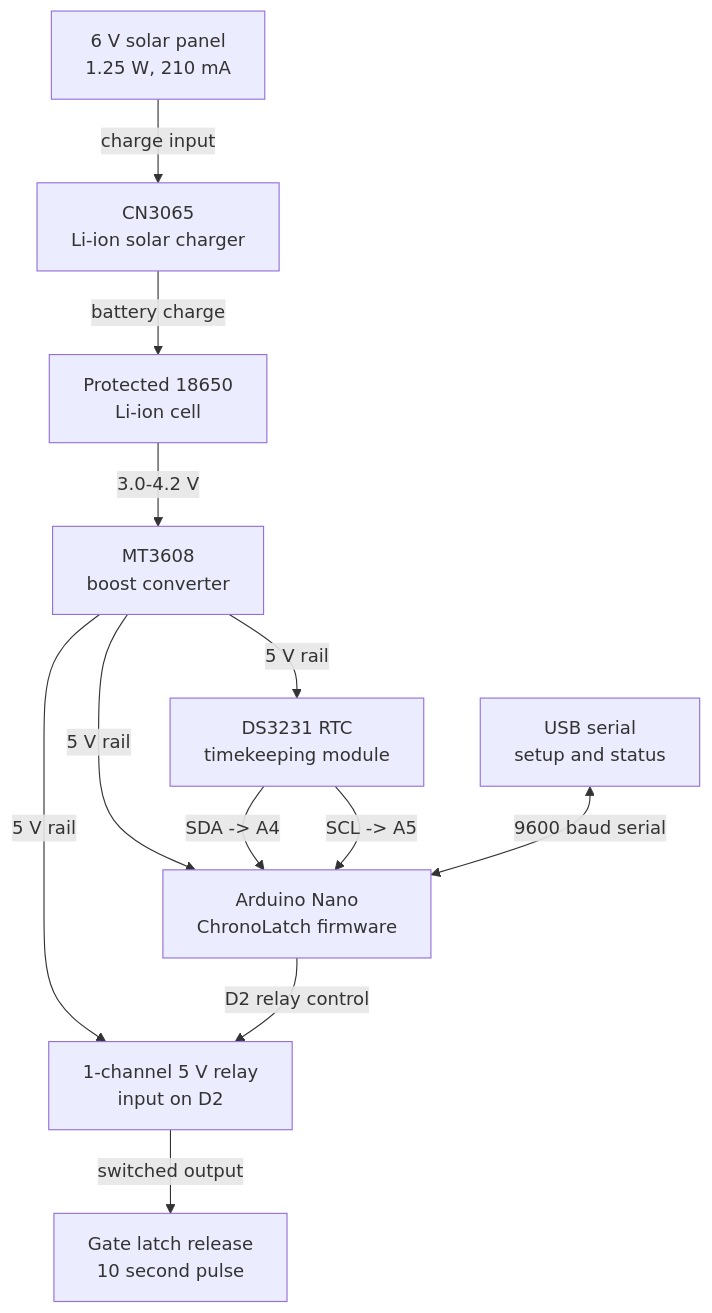
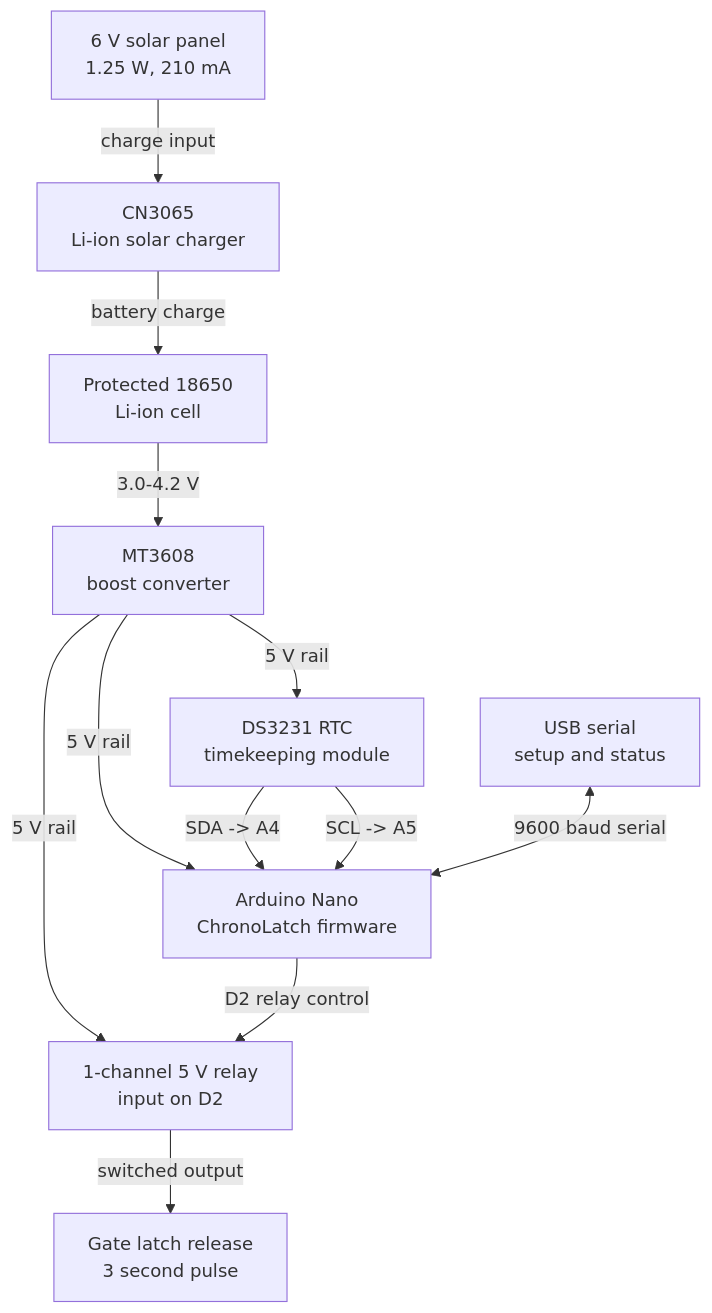
The diagram in README.md (filip-w/ChronoLatch), drawn with Mermaid before and after one commit. The commit also changed other lines of this file and 2 other files, not shown here.

Commit message:
changed to 3 second pulse and real current measurement

````diff
--- a/README.md
+++ b/README.md
@@ -38,25 +38,25 @@
 ```mermaid
 flowchart TB
     Solar["6 V solar panel<br/>1.25 W, 210 mA"]
     Charger["CN3065<br/>Li-ion solar charger"]
     Battery["Protected 18650<br/>Li-ion cell"]
     Boost["MT3608<br/>boost converter"]
     Nano["Arduino Nano<br/>ChronoLatch firmware"]
     RTC["DS3231 RTC<br/>timekeeping module"]
     Relay["1-channel 5 V relay<br/>input on D2"]
-    Latch["Gate latch release<br/>10 second pulse"]
+    Latch["Gate latch release<br/>3 second pulse"]
     USB["USB serial<br/>setup and status"]
 
     Solar -->|"charge input"| Charger
     Charger -->|"battery charge"| Battery
     Battery -->|"3.0-4.2 V"| Boost
     Boost -->|"5 V rail"| Nano
     Boost -->|"5 V rail"| RTC
     Boost -->|"5 V rail"| Relay
 
     RTC -->|"SDA -> A4"| Nano
     RTC -->|"SCL -> A5"| Nano
     USB <-->|"9600 baud serial"| Nano
     Nano -->|"D2 relay control"| Relay
     Relay -->|"switched output"| Latch
 ```
````
